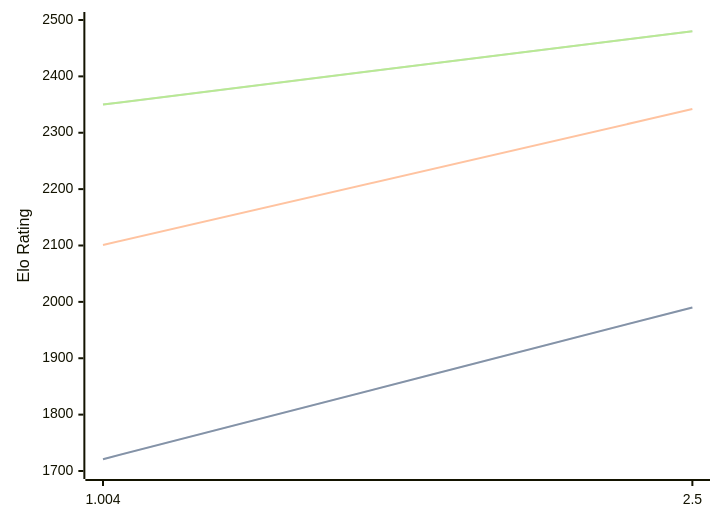
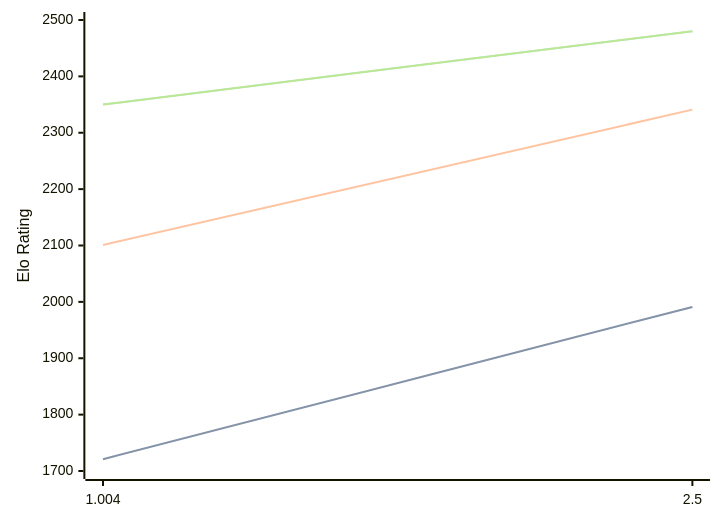
Before and after one commit to computer-chess-index/cci: the diagram in engines/Ares.md, drawn with Mermaid. The commit also changed other lines of this file, not shown here.

Commit message:
Update CCI Ratings (ELO VLTC) - 2026-04-12

````diff
--- a/engines/Ares.md
+++ b/engines/Ares.md
@@ -32,11 +32,11 @@
 ```mermaid
 %%{init: {"theme":"base","themeVariables":{"seriesColors:['#a3a3a3','#222221','#faa371']}}}%%
 xychart-beta
   x-axis ["1.004", "2.5"]
   y-axis "Elo Rating" 1700 --> 2500
-  line "STC (8.0+0.08s)" [1721, 1990]
-  line "STC (8.0+0.08s)" [1721, 1990]
-  line "LTC (60.0+0.60s)" [2101, 2342]
+  line "STC (8.0+0.08s)" [1721, 1991]
+  line "STC (8.0+0.08s)" [1721, 1991]
+  line "LTC (60.0+0.60s)" [2101, 2341]
   line "VLTC (2m24s+1.12s)" [2350, 2480]
   line "VLTC (2m24s+1.12s)" [2350, 2480]
 ```
````
